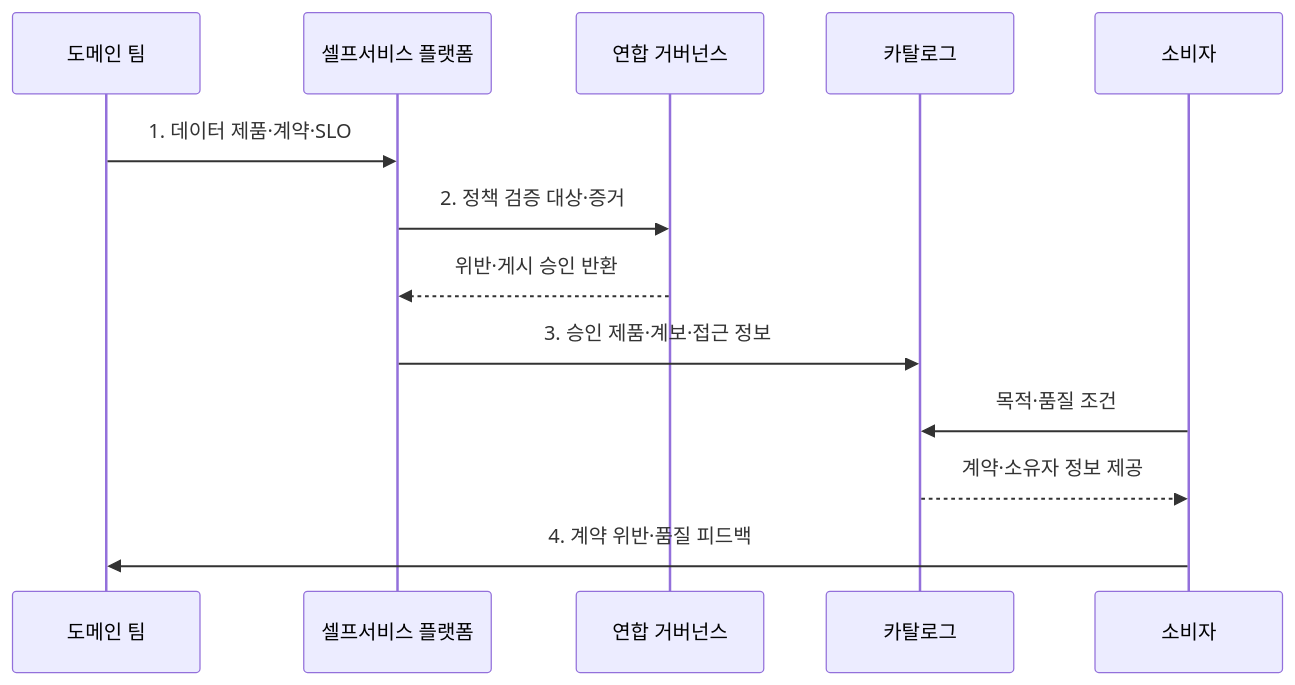
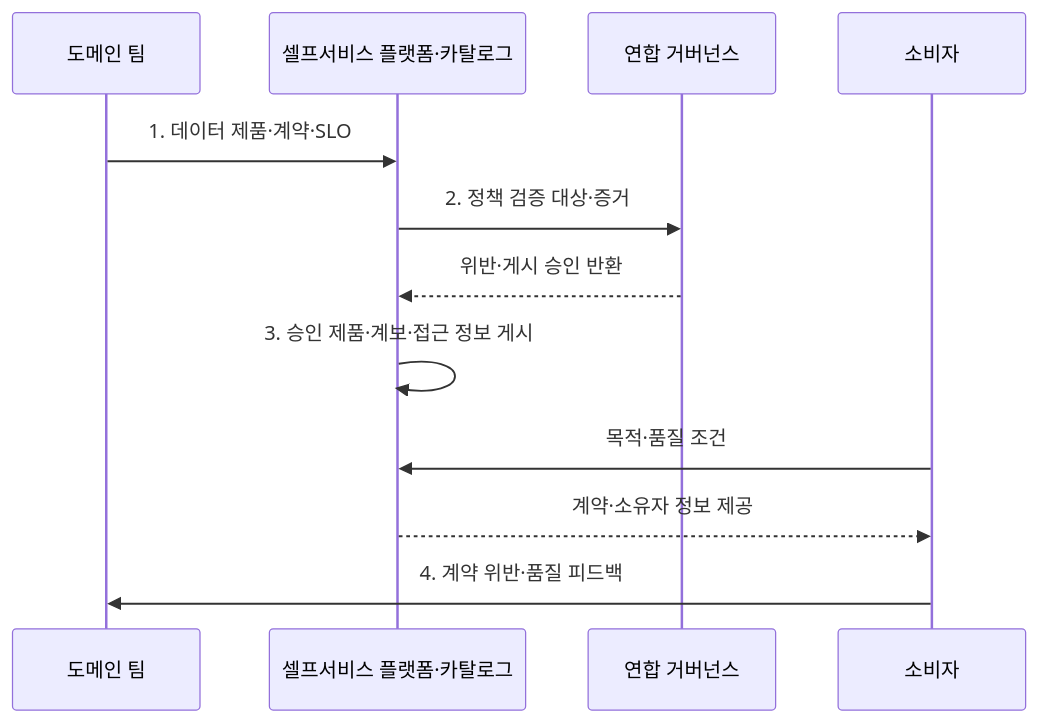
The second of 2 diagrams in src/content/docs/notes/03-software/131_data_mesh.md (agnusdei1207/knowledge-base), drawn with Mermaid before and after one commit. The commit also changed 9 other files, not shown here.

Commit message:
Trim data engineering diagram actors

````diff
--- a/src/content/docs/notes/03-software/131_data_mesh.md
+++ b/src/content/docs/notes/03-software/131_data_mesh.md
@@ -102,15 +102,14 @@
 ```mermaid
 sequenceDiagram
     participant D as 도메인 팀
-    participant S as 셀프서비스 플랫폼
+    participant S as 셀프서비스 플랫폼·카탈로그
     participant G as 연합 거버넌스
-    participant C as 카탈로그
     participant U as 소비자
     D->>S: 1. 데이터 제품·계약·SLO
     S->>G: 2. 정책 검증 대상·증거
     G-->>S: 위반·게시 승인 반환
-    S->>C: 3. 승인 제품·계보·접근 정보
-    U->>C: 목적·품질 조건
-    C-->>U: 계약·소유자 정보 제공
+    S->>S: 3. 승인 제품·계보·접근 정보 게시
+    U->>S: 목적·품질 조건
+    S-->>U: 계약·소유자 정보 제공
     U->>D: 4. 계약 위반·품질 피드백
 ```
````
